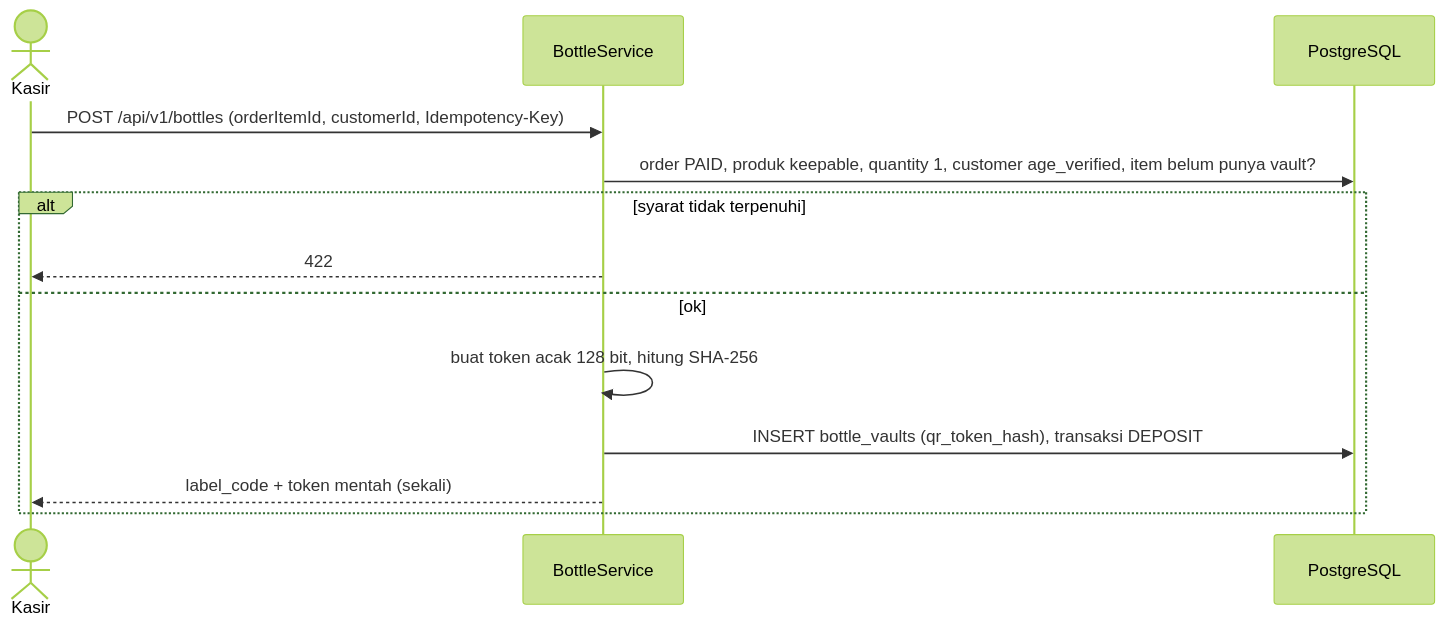
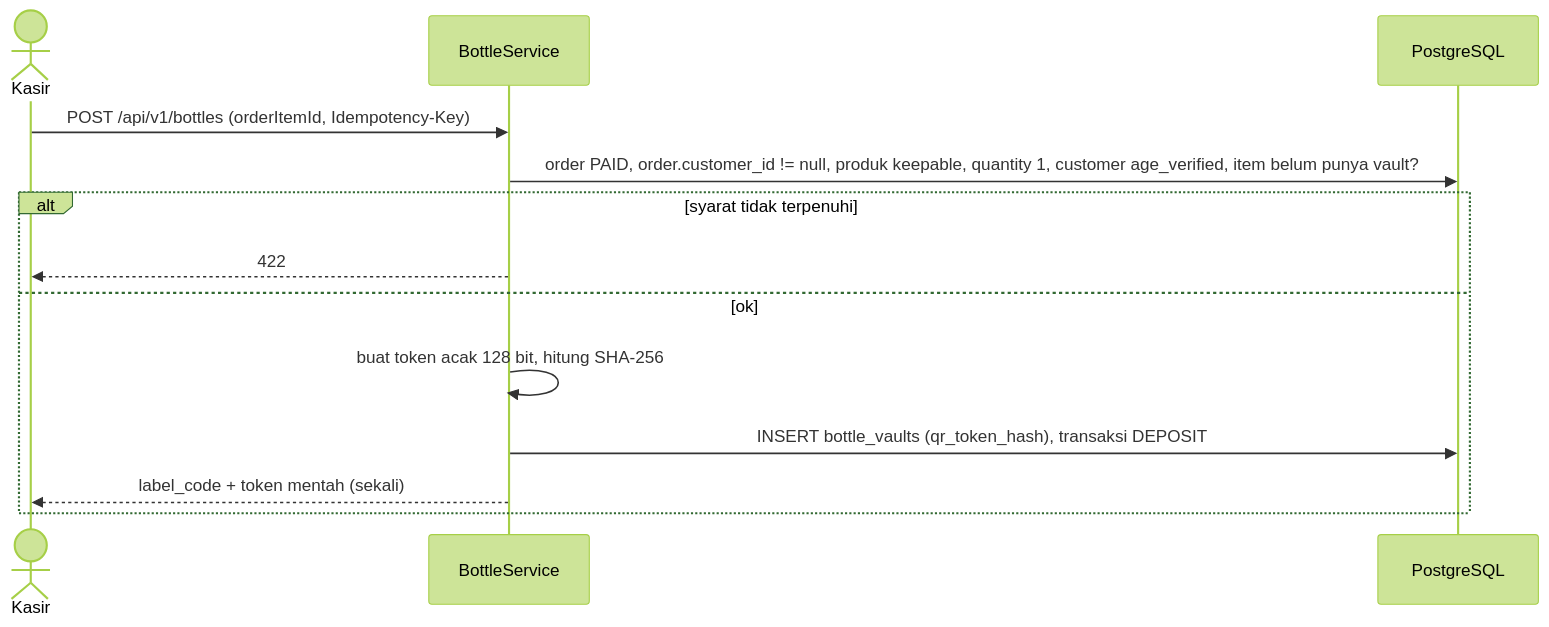
One commit to ranggautama47/nightvenue-backend changed the eighth of 18 diagrams in docs/UML.md. Above: the diagram before and after it, drawn with Mermaid (forest theme). The commit also changed other lines of this file and 4 other files, not shown here.

Commit message:
docs(bottle): align Phase 7 decisions in ADR-020, PRD, DATABASE, UML, architecture

````diff
--- a/docs/UML.md
+++ b/docs/UML.md
@@ -410,16 +410,16 @@
 ```mermaid
 sequenceDiagram
     actor K as Kasir
     participant B as BottleService
     participant D as PostgreSQL
 
-    K->>B: POST /api/v1/bottles (orderItemId, customerId, Idempotency-Key)
-    B->>D: order PAID, produk keepable, quantity 1, customer age_verified, item belum punya vault?
+    K->>B: POST /api/v1/bottles (orderItemId, Idempotency-Key)
+    B->>D: order PAID, order.customer_id != null, produk keepable, quantity 1, customer age_verified, item belum punya vault?
     alt syarat tidak terpenuhi
         B-->>K: 422
     else ok
         B->>B: buat token acak 128 bit, hitung SHA-256
         B->>D: INSERT bottle_vaults (qr_token_hash), transaksi DEPOSIT
         B-->>K: label_code + token mentah (sekali)
     end
 ```
````
